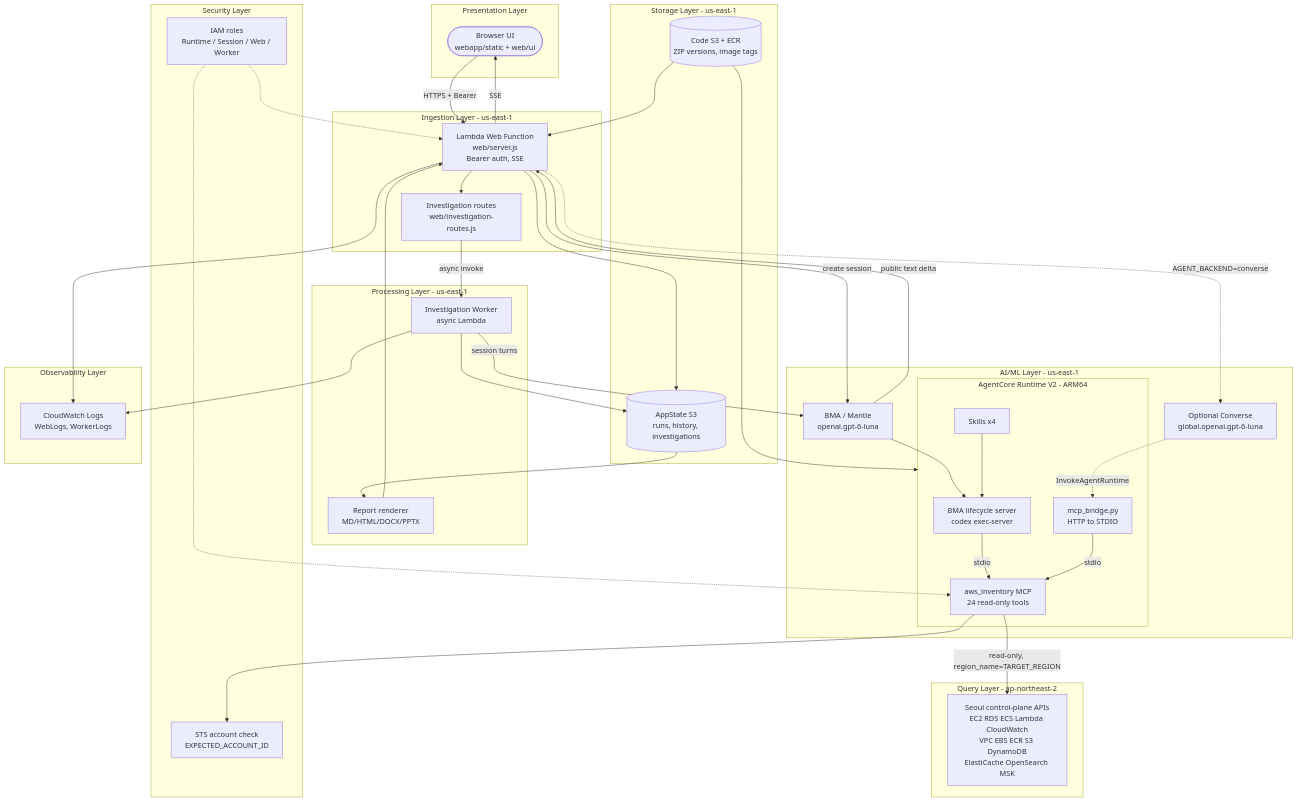
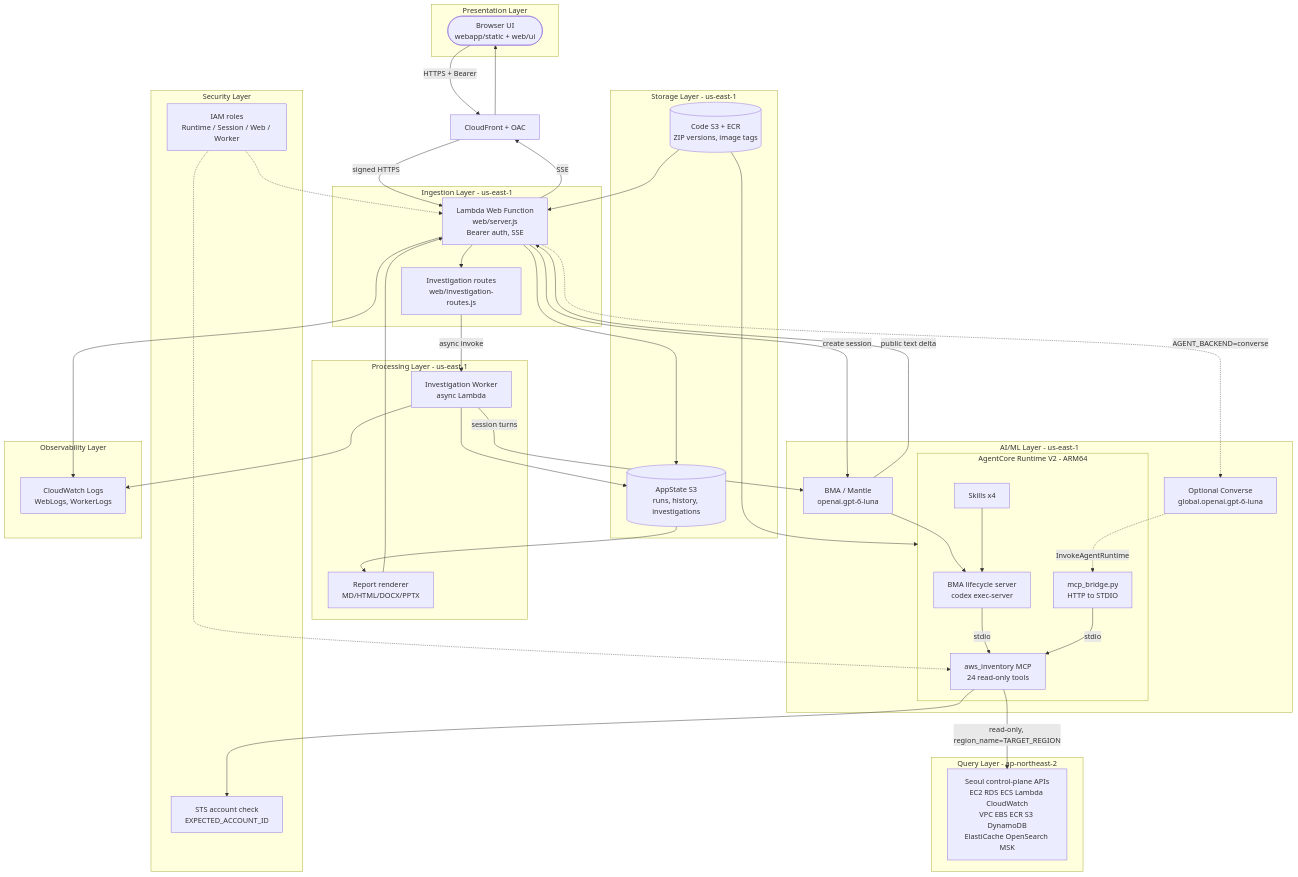
Before and after one commit to whchoi98/bma-openai: the first of 6 diagrams in docs/architecture.md, drawn with Mermaid. The commit also changed other lines of this file and 38 other files, not shown here.

First line of the commit message:
feat: serve both Web Functions through CloudFront with Lambda Web OAC

````diff
--- a/docs/architecture.md
+++ b/docs/architecture.md
@@ -55,64 +97,66 @@
 ```mermaid
 flowchart TB
   subgraph presentation[Presentation Layer]
     Browser([Browser UI<br/>webapp/static + web/ui])
   end
   subgraph ingestion[Ingestion Layer - us-east-1]
     Web[Lambda Web Function<br/>web/server.js<br/>Bearer auth, SSE]
     Routes[Investigation routes<br/>web/investigation-routes.js]
   end
   subgraph processing[Processing Layer - us-east-1]
     Worker[Investigation Worker<br/>async Lambda]
     Reports[Report renderer<br/>MD/HTML/DOCX/PPTX]
   end
   subgraph ai[AI/ML Layer - us-east-1]
     BMA[BMA / Mantle<br/>openai.gpt-6-luna]
     Converse[Optional Converse<br/>global.openai.gpt-6-luna]
     subgraph runtime[AgentCore Runtime V2 - ARM64]
       Lifecycle[BMA lifecycle server<br/>codex exec-server]
       Bridge[mcp_bridge.py<br/>HTTP to STDIO]
       Skills[Skills x4]
       MCP[aws_inventory MCP<br/>24 read-only tools]
     end
   end
   subgraph query[Query Layer - ap-northeast-2]
     Seoul[Seoul control-plane APIs<br/>EC2 RDS ECS Lambda CloudWatch<br/>VPC EBS ECR S3 DynamoDB<br/>ElastiCache OpenSearch MSK]
   end
   subgraph storage[Storage Layer - us-east-1]
     State[(AppState S3<br/>runs, history, investigations)]
     Code[(Code S3 + ECR<br/>ZIP versions, image tags)]
   end
   subgraph security[Security Layer]
     STS[STS account check<br/>EXPECTED_ACCOUNT_ID]
     IAM[IAM roles<br/>Runtime / Session / Web / Worker]
   end
   subgraph observability[Observability Layer]
     Logs[CloudWatch Logs<br/>WebLogs, WorkerLogs]
   end
 
-  Browser -->|HTTPS + Bearer| Web
+  Browser -->|HTTPS + Bearer| Edge[CloudFront + OAC]
+  Edge -->|signed HTTPS| Web
   Web --> Routes
   Web -->|create session| BMA
   Web -.->|AGENT_BACKEND=converse| Converse
   Routes -->|async invoke| Worker
   Worker -->|session turns| BMA
   BMA --> Lifecycle
   Lifecycle -->|stdio| MCP
   Skills --> Lifecycle
   Converse -.->|InvokeAgentRuntime| Bridge
   Bridge -->|stdio| MCP
   MCP --> STS
   MCP -->|read-only, region_name=TARGET_REGION| Seoul
   BMA -->|public text delta| Web
-  Web -->|SSE| Browser
+  Web -->|SSE| Edge
+  Edge --> Browser
   Web --> State
   Worker --> State
   State --> Reports
   Reports --> Web
   Code --> Web
   Code --> runtime
   IAM -.-> MCP
   IAM -.-> Web
   Web --> Logs
   Worker --> Logs
 ```
````
